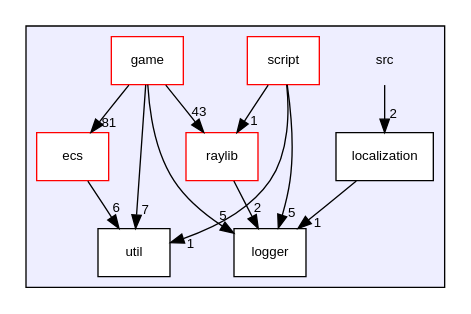
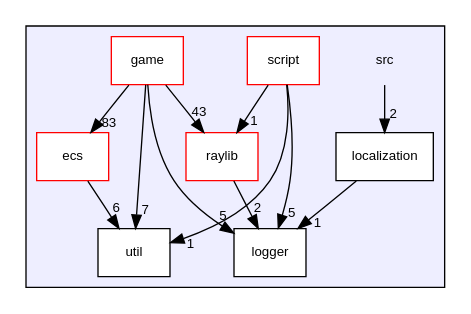
One commit to MisterPeModder/Bomberman-Global-Offensive changed the diagram in dir_68267d1309a1af8e8297ef4c3efbcdba_dep.dot. Above: the diagram before and after it, drawn with Graphviz. The commit also changed 304 other files, not shown here.

```diff
--- a/dir_68267d1309a1af8e8297ef4c3efbcdba_dep.dot
+++ b/dir_68267d1309a1af8e8297ef4c3efbcdba_dep.dot
@@ -1,27 +1,27 @@
 digraph "src" {
   compound=true
   node [ fontsize="10", fontname="Helvetica"];
   edge [ labelfontsize="10", labelfontname="Helvetica"];
   subgraph clusterdir_68267d1309a1af8e8297ef4c3efbcdba {
     graph [ bgcolor="#eeeeff", pencolor="black", label="" URL="dir_68267d1309a1af8e8297ef4c3efbcdba.html"];
     dir_68267d1309a1af8e8297ef4c3efbcdba [shape=plaintext label="src"];
     dir_ddca5f149c4ce13074f28b270e950ba9 [shape=box label="ecs" color="red" fillcolor="white" style="filled" URL="dir_ddca5f149c4ce13074f28b270e950ba9.html"];
     dir_1699be727a800b1d059c6f7f2b91d2ee [shape=box label="game" color="red" fillcolor="white" style="filled" URL="dir_1699be727a800b1d059c6f7f2b91d2ee.html"];
     dir_502e2e551a70cf7978464aef90fcfcf1 [shape=box label="localization" color="black" fillcolor="white" style="filled" URL="dir_502e2e551a70cf7978464aef90fcfcf1.html"];
     dir_ffde1fbcaa8d6b0d34e29c3bddf7a801 [shape=box label="logger" color="black" fillcolor="white" style="filled" URL="dir_ffde1fbcaa8d6b0d34e29c3bddf7a801.html"];
     dir_d4cc5f0b3cfddd1b0952a9e00053f649 [shape=box label="raylib" color="red" fillcolor="white" style="filled" URL="dir_d4cc5f0b3cfddd1b0952a9e00053f649.html"];
     dir_fe414d616bd0c4668e6515f48824338f [shape=box label="script" color="red" fillcolor="white" style="filled" URL="dir_fe414d616bd0c4668e6515f48824338f.html"];
     dir_b7878ad5ecbf2506f4125b9d34c97e45 [shape=box label="util" color="black" fillcolor="white" style="filled" URL="dir_b7878ad5ecbf2506f4125b9d34c97e45.html"];
   }
   dir_68267d1309a1af8e8297ef4c3efbcdba->dir_502e2e551a70cf7978464aef90fcfcf1 [headlabel="2", labeldistance=1.5 headhref="dir_000000_000022.html"];
   dir_fe414d616bd0c4668e6515f48824338f->dir_b7878ad5ecbf2506f4125b9d34c97e45 [headlabel="1", labeldistance=1.5 headhref="dir_000024_000026.html"];
   dir_fe414d616bd0c4668e6515f48824338f->dir_ffde1fbcaa8d6b0d34e29c3bddf7a801 [headlabel="5", labeldistance=1.5 headhref="dir_000024_000023.html"];
   dir_fe414d616bd0c4668e6515f48824338f->dir_d4cc5f0b3cfddd1b0952a9e00053f649 [headlabel="1", labeldistance=1.5 headhref="dir_000024_000010.html"];
   dir_ddca5f149c4ce13074f28b270e950ba9->dir_b7878ad5ecbf2506f4125b9d34c97e45 [headlabel="6", labeldistance=1.5 headhref="dir_000001_000026.html"];
   dir_d4cc5f0b3cfddd1b0952a9e00053f649->dir_ffde1fbcaa8d6b0d34e29c3bddf7a801 [headlabel="2", labeldistance=1.5 headhref="dir_000010_000023.html"];
   dir_502e2e551a70cf7978464aef90fcfcf1->dir_ffde1fbcaa8d6b0d34e29c3bddf7a801 [headlabel="1", labeldistance=1.5 headhref="dir_000022_000023.html"];
   dir_1699be727a800b1d059c6f7f2b91d2ee->dir_b7878ad5ecbf2506f4125b9d34c97e45 [headlabel="7", labeldistance=1.5 headhref="dir_000007_000026.html"];
   dir_1699be727a800b1d059c6f7f2b91d2ee->dir_ffde1fbcaa8d6b0d34e29c3bddf7a801 [headlabel="5", labeldistance=1.5 headhref="dir_000007_000023.html"];
-  dir_1699be727a800b1d059c6f7f2b91d2ee->dir_ddca5f149c4ce13074f28b270e950ba9 [headlabel="81", labeldistance=1.5 headhref="dir_000007_000001.html"];
+  dir_1699be727a800b1d059c6f7f2b91d2ee->dir_ddca5f149c4ce13074f28b270e950ba9 [headlabel="83", labeldistance=1.5 headhref="dir_000007_000001.html"];
   dir_1699be727a800b1d059c6f7f2b91d2ee->dir_d4cc5f0b3cfddd1b0952a9e00053f649 [headlabel="43", labeldistance=1.5 headhref="dir_000007_000010.html"];
 }
```
